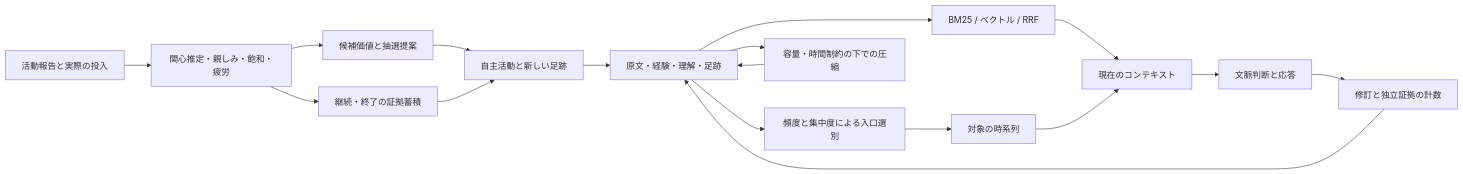
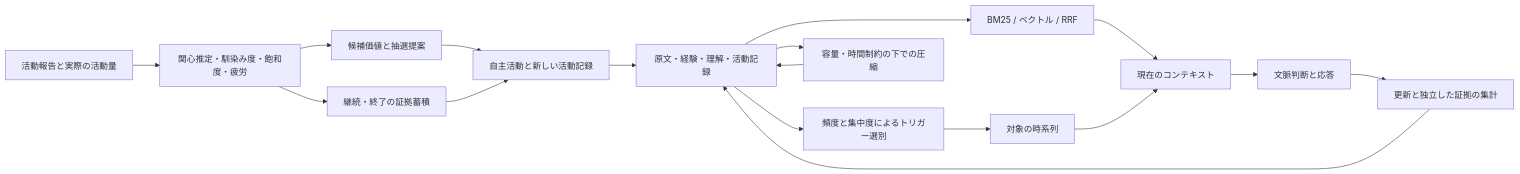
The diagram in docs/ja/mechanisms.md (ikarugaikoi/hikaru-memory), drawn with Mermaid before and after one commit. The commit also changed other lines of this file and 26 other files, not shown here.

````diff
--- a/docs/ja/mechanisms.md
+++ b/docs/ja/mechanisms.md
@@ -322,19 +322,19 @@
 ```mermaid
 flowchart LR
-    Reports[活動報告と実際の投入] --> State[関心推定・親しみ・飽和・疲労]
+    Reports[活動報告と実際の活動量] --> State[関心推定・馴染み度・飽和度・疲労]
     State --> Offer[候補価値と抽選提案]
     State --> Continue[継続・終了の証拠蓄積]
-    Offer --> Activity[自主活動と新しい足跡]
+    Offer --> Activity[自主活動と新しい活動記録]
     Continue --> Activity
-    Activity --> Records[原文・経験・理解・足跡]
+    Activity --> Records[原文・経験・理解・活動記録]
     Records --> Retrieval[BM25 / ベクトル / RRF]
-    Records --> Clump[頻度と集中度による入口選別]
+    Records --> Clump[頻度と集中度によるトリガー選別]
     Clump --> Timeline[対象の時系列]
     Retrieval --> Context[現在のコンテキスト]
     Timeline --> Context
     Context --> Judgment[文脈判断と応答]
-    Judgment --> Evidence[修訂と独立証拠の計数]
+    Judgment --> Evidence[更新と独立した証拠の集計]
     Evidence --> Records
     Records --> Fade[容量・時間制約の下での圧縮]
     Fade --> Records
 ```
````
